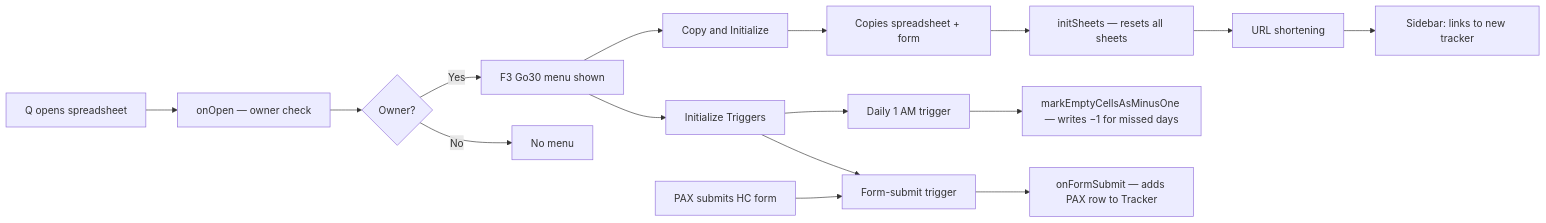
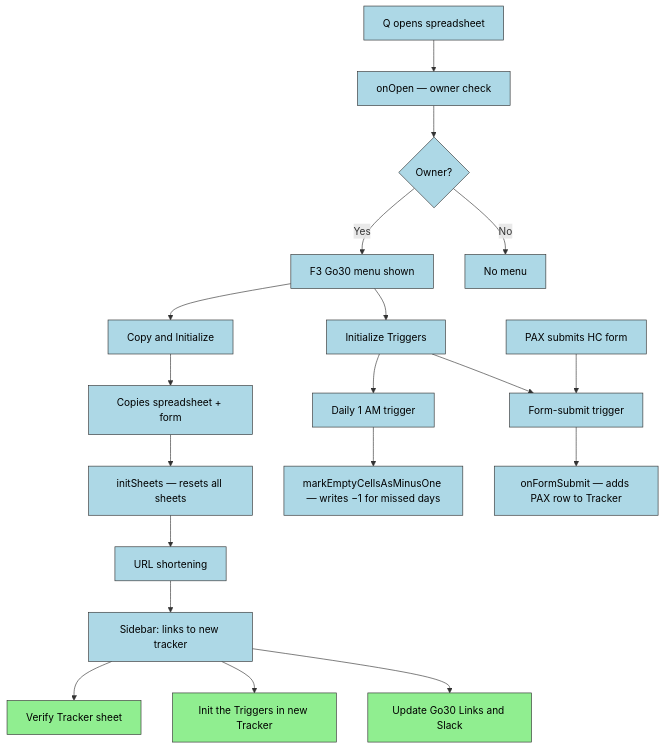
One commit to stuartdonaldson/F3Go30 changed the diagram in README.md. Above: the diagram before and after it, drawn with Mermaid. The commit also changed 9 other files, not shown here.

````diff
--- a/README.md
+++ b/README.md
@@ -181,18 +181,27 @@
 ```mermaid
-graph LR
+%%{init: {'theme': 'neo-dark', 'theme': 'architecture-beta'}}%%
+graph TD
     A[Q opens spreadsheet] --> B[onOpen — owner check]
     B --> C{Owner?}
     C -- Yes --> D[F3 Go30 menu shown]
     C -- No --> E[No menu]
     D --> F[Copy and Initialize]
     F --> G[Copies spreadsheet + form]
     G --> H[initSheets — resets all sheets]
     H --> I[URL shortening]
     I --> J[Sidebar: links to new tracker]
+    %% Q background tasks (manual, in-background)
+    J --> BG1[Verify Tracker sheet]
+    J --> BG2[Init the Triggers in new Tracker]
+    J --> BG3[Update Go30 Links and Slack]
     D --> K[Initialize Triggers]
     K --> L[Daily 1 AM trigger]
     K --> M[Form-submit trigger]
     N[PAX submits HC form] --> M
     M --> O[onFormSubmit — adds PAX row to Tracker]
     L --> P[markEmptyCellsAsMinusOne — writes −1 for missed days]
+classDef lightblue fill:#ADD8E6,stroke:#333,stroke-width:1px,color:#000
+class A,B,C,D,E,F,G,H,I,J,K,L,M,N,O,P lightblue
+classDef lightgreen fill:#90EE90,stroke:#333,stroke-width:1px,color:#000
+class BG1,BG2,BG3 lightgreen
 ```
````
